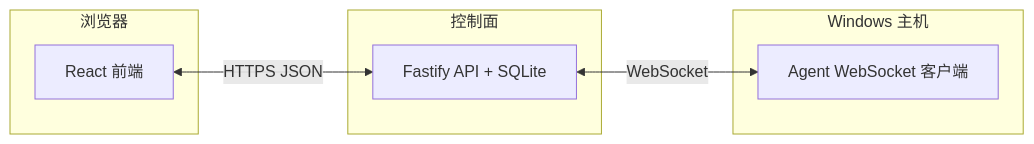
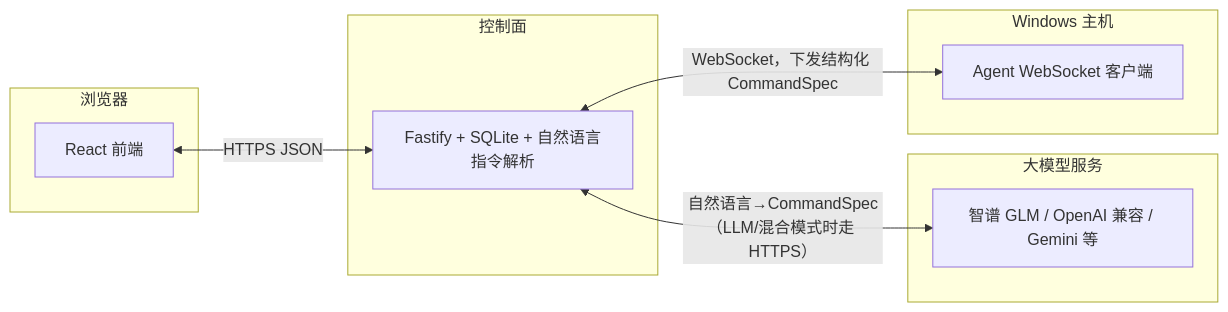
The first of 2 diagrams in README.zh-CN.md (yonyong/Remote-Windows-Agent), drawn with Mermaid before and after one commit. The commit also changed other lines of this file and 1 other file, not shown here.

````diff
--- a/README.zh-CN.md
+++ b/README.zh-CN.md
@@ -21,14 +32,18 @@
 ```mermaid
 flowchart LR
   subgraph client [浏览器]
     FE[React 前端]
   end
   subgraph server [控制面]
-    CP[Fastify API + SQLite]
+    CP[Fastify + SQLite + 自然语言指令解析]
+  end
+  subgraph cloud [大模型服务]
+    LLM[智谱 GLM / OpenAI 兼容 / Gemini 等]
   end
   subgraph pc [Windows 主机]
     AG[Agent WebSocket 客户端]
   end
   FE <-->|HTTPS JSON| CP
-  CP <-->|WebSocket| AG
+  CP <-->|自然语言→CommandSpec（LLM/混合模式时走 HTTPS）| LLM
+  CP <-->|WebSocket，下发结构化 CommandSpec| AG
 ```
````
